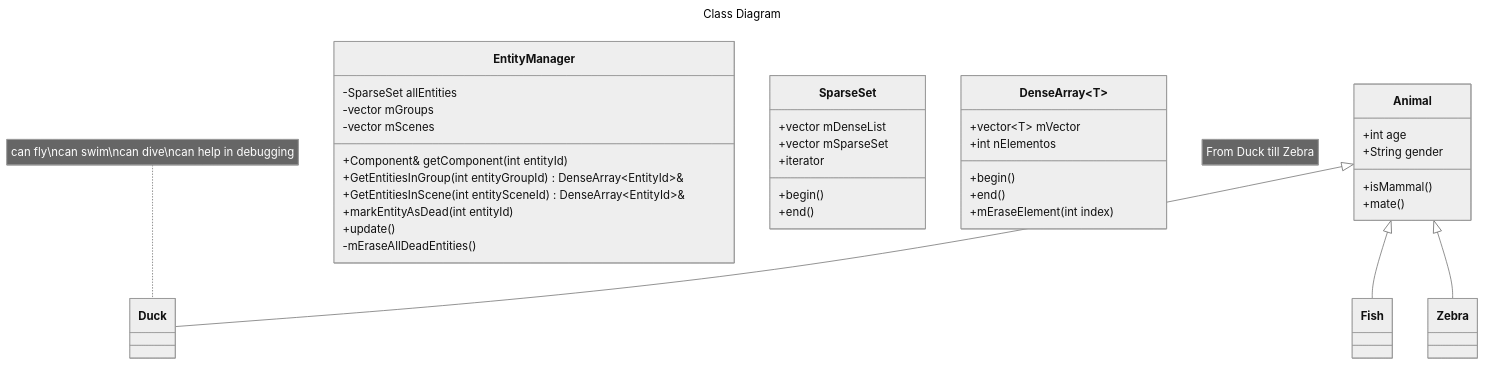
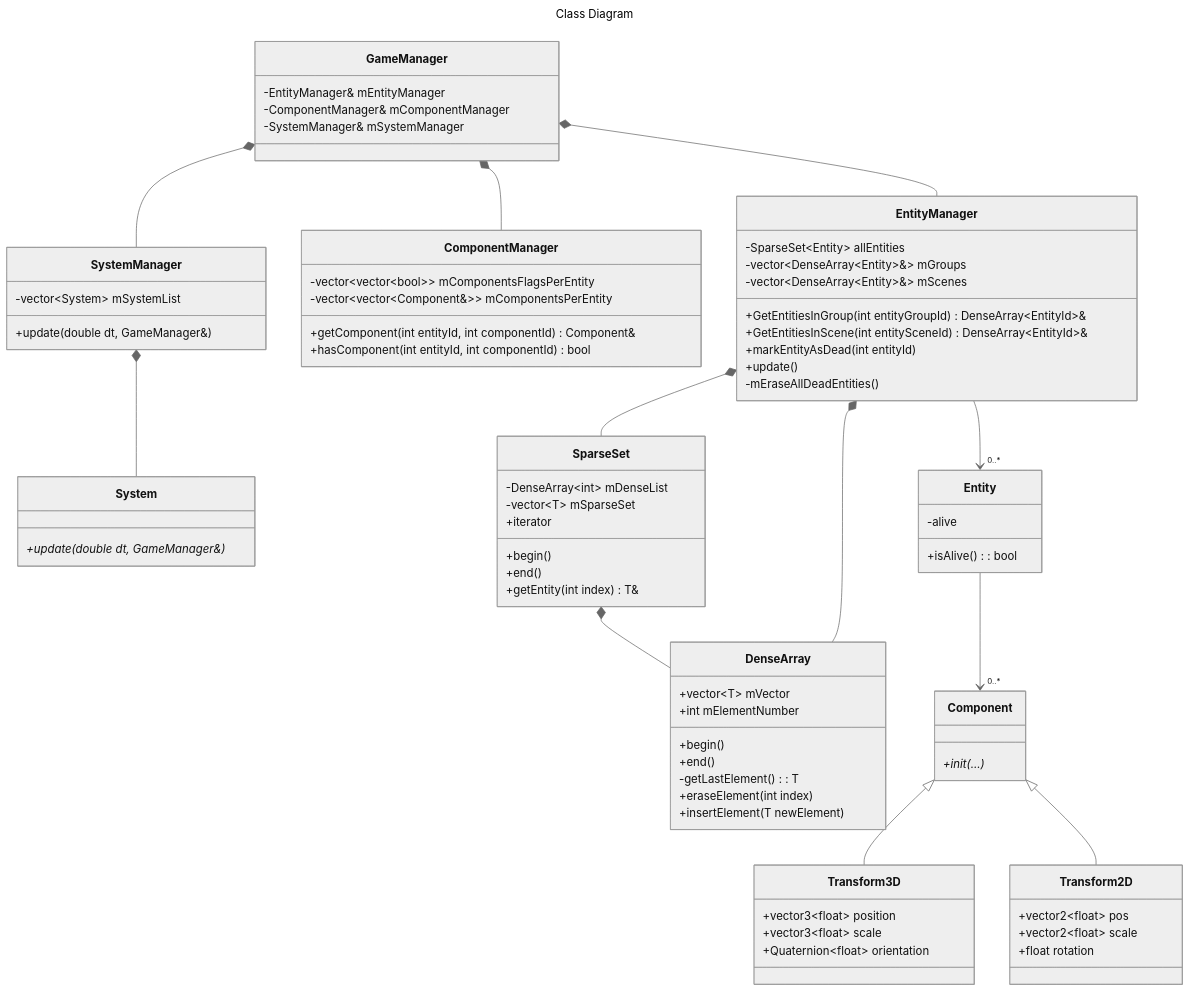
Before and after one commit to IzanDeVegaLopez/Proyectos3_GDV_2025_26: the second of 2 diagrams in documentation/architecture.md, drawn with Mermaid (neutral theme). The commit also changed other lines of this file, not shown here.

Commit message:
Further explained ECS with the scheme

````diff
--- a/documentation/architecture.md
+++ b/documentation/architecture.md
@@ -32,40 +34,80 @@
 ```mermaid
 ---
 title: Class Diagram
 ---
 classDiagram
-    note "From Duck till Zebra"
-    Animal <|-- Duck
-    note for Duck "can fly\ncan swim\ncan dive\ncan help in debugging"
-    Animal <|-- Fish
-    Animal <|-- Zebra
-    Animal : +int age
-    Animal : +String gender
-    Animal: +isMammal()
-    Animal: +mate()
+	GameManager *-- EntityManager
+	GameManager *-- ComponentManager
+	GameManager *-- SystemManager
+	SystemManager *-- System
+    EntityManager *-- SparseSet
+	SparseSet *-- DenseArray
+	DenseArray --* EntityManager
+	EntityManager --> "0..*" Entity
+	Entity --> "0..*" Component
+	Component <|-- Transform3D  
+	Component <|-- Transform2D
+ 	Component
+	class Entity{
+		-alive
+		+isAlive() : bool
+	}
+	class Component{
+		+init(...)*
+	}
+	class SystemManager{
+		-vector~System~ mSystemList
+		+update(double dt, GameManager&)
+	}
+	class System{
+		+update(double dt, GameManager&)*
+	}
+	class ComponentManager{
+		-vector~vector~bool~~ mComponentsFlagsPerEntity
+		-vector~vector~Component&~~ mComponentsPerEntity
+		+getComponent(int entityId, int componentId) Component&
+		+hasComponent(int entityId, int componentId) bool
+	}
+	class GameManager{
+		-EntityManager& mEntityManager
+		-ComponentManager& mComponentManager
+		-SystemManager& mSystemManager
+	}
     class EntityManager{
-        -SparseSet allEntities
-		-vector<EntityList&> mGroups
-		-vector<EntityList&> mScenes
-		+Component& getComponent(int entityId)
+        -SparseSet~Entity~ allEntities
+		-vector~DenseArray~Entity~&~ mGroups
+		-vector~DenseArray~Entity~&~ mScenes
 		+GetEntitiesInGroup(int entityGroupId) DenseArray~EntityId~&
 		+GetEntitiesInScene(int entitySceneId) DenseArray~EntityId~&
 		+markEntityAsDead(int entityId)
 		+update()
 		-mEraseAllDeadEntities()
     }
-    class SparseSet{
-		+vector<int> mDenseList
-		+vector<int> mSparseSet
+    class SparseSet~T~{
+		-DenseArray~int~ mDenseList
+		-vector~T~ mSparseSet
 		+iterator
 		+begin()
 		+end()
+		+getEntity(int index) T&
     }
     class DenseArray~T~{
         +vector~T~ mVector
-		+int nElementos
+		+int mElementNumber
 		+begin()
 		+end()
-		+mEraseElement(int index)
+		-getLastElement() : T
+		+eraseElement(int index)
+		+insertElement(T newElement)
     }
+	class Transform3D{
+		+vector3~float~ position
+		+vector3~float~ scale
+		+Quaternion~float~ orientation
+	}
+	class Transform2D{
+		+vector2~float~ pos
+		+vector2~float~ scale
+		+float rotation
+	}
 ```
````
